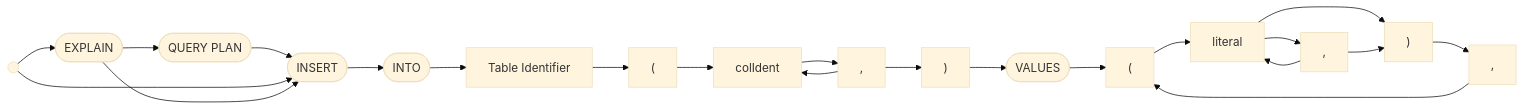
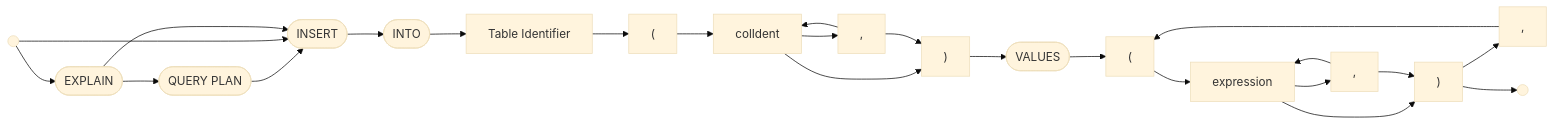
One commit to chirst/cdb changed the third of 6 diagrams in README.md. Above: the diagram before and after it, drawn with Mermaid (base theme). The commit also changed other lines of this file, not shown here.

````diff
--- a/README.md
+++ b/README.md
@@ -80,40 +101,43 @@
 ```mermaid
 graph LR
 begin(( ))
 explain([EXPLAIN])
 queryPlan([QUERY PLAN])
 insert([INSERT])
 into([INTO])
 tableIdent["Table Identifier"]
 lparen["("]
 rparen[")"]
 colSep[","]
 values([VALUES])
 lparen2["("]
 rparen2[")"]
 colSep2[","]
-literal["literal"]
+expression["expression"]
 valSep[","]
+e(( ))
 
 begin --> explain
 explain --> queryPlan
 queryPlan --> insert
 begin --> insert
 explain --> insert
 insert --> into
 into --> tableIdent
 tableIdent --> lparen
 lparen --> colIdent
 colIdent --> colSep
 colSep --> colIdent
+colIdent --> rparen
 colSep --> rparen
 rparen --> values
 values --> lparen2
-lparen2 --> literal
-literal --> colSep2
-colSep2 --> literal
-literal --> rparen2
+lparen2 --> expression
+expression --> colSep2
+colSep2 --> expression
+expression --> rparen2
 colSep2 --> rparen2
 rparen2 --> valSep
 valSep --> lparen2
+rparen2 --> e
 ```
````
